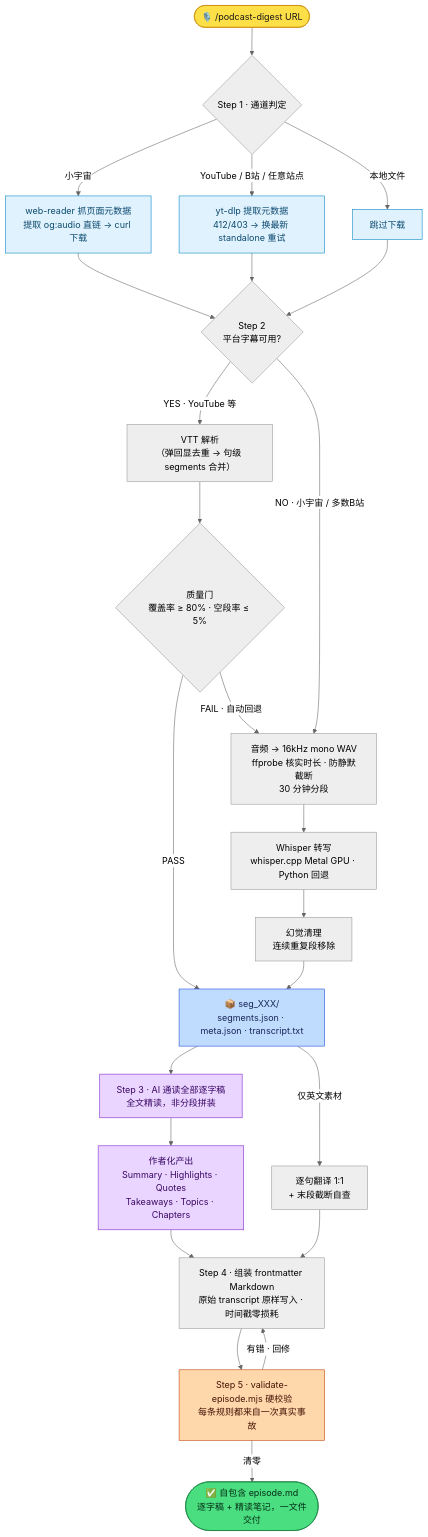
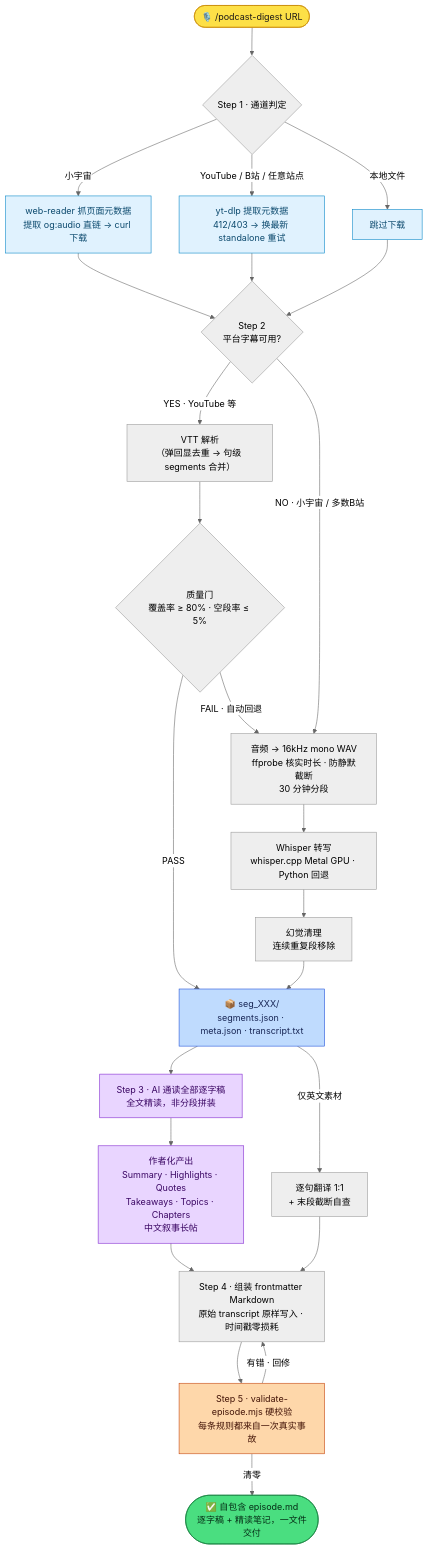
Before and after one commit to tobyatgithub/podcast-digest: the first of 2 diagrams in README.md, drawn with Mermaid (neutral theme). The commit also changed other lines of this file and 3 other files, not shown here.

````diff
--- a/README.md
+++ b/README.md
@@ -32,42 +32,42 @@
 ```mermaid
 flowchart TD
     START(["🎙️ /podcast-digest URL"]) --> ROUTE{"Step 1 · 通道判定"}
 
     ROUTE -->|"小宇宙"| A1["web-reader 抓页面元数据<br/>提取 og:audio 直链 → curl 下载"]
     ROUTE -->|"YouTube / B站 / 任意站点"| A2["yt-dlp 提取元数据<br/>412/403 → 换最新 standalone 重试"]
     ROUTE -->|"本地文件"| A3["跳过下载"]
 
     A1 --> GATE{"Step 2<br/>平台字幕可用?"}
     A2 --> GATE
     A3 --> GATE
 
     GATE -->|"YES · YouTube 等"| SUB["VTT 解析<br/>（弹回显去重 → 句级 segments 合并）"]
     SUB --> QC{"质量门<br/>覆盖率 ≥ 80% · 空段率 ≤ 5%"}
     QC -->|"PASS"| SEGS
     QC -->|"FAIL · 自动回退"| DL
 
     GATE -->|"NO · 小宇宙 / 多数B站"| DL["音频 → 16kHz mono WAV<br/>ffprobe 核实时长 · 防静默截断<br/>30 分钟分段"]
     DL --> WHISPER["Whisper 转写<br/>whisper.cpp Metal GPU · Python 回退"]
     WHISPER --> CLEAN["幻觉清理<br/>连续重复段移除"]
     CLEAN --> SEGS["📦 seg_XXX/<br/>segments.json · meta.json · transcript.txt"]
 
     SEGS --> READ["Step 3 · AI 通读全部逐字稿<br/>全文精读，非分段拼装"]
-    READ --> GEN["作者化产出<br/>Summary · Highlights · Quotes<br/>Takeaways · Topics · Chapters"]
+    READ --> GEN["作者化产出<br/>Summary · Highlights · Quotes<br/>Takeaways · Topics · Chapters<br/>中文叙事长帖"]
     SEGS -->|"仅英文素材"| TRANS["逐句翻译 1:1<br/>+ 末段截断自查"]
 
     GEN --> ASM["Step 4 · 组装 frontmatter Markdown<br/>原始 transcript 原样写入 · 时间戳零损耗"]
     TRANS --> ASM
     ASM --> VAL["Step 5 · validate-episode.mjs 硬校验<br/>每条规则都来自一次真实事故"]
     VAL -->|"有错 · 回修"| ASM
     VAL -->|"清零"| OUT(["✅ 自包含 episode.md<br/>逐字稿 + 精读笔记，一文件交付"])
 
     style START fill:#fde047,stroke:#ca8a04,color:#1c1917
     style A1 fill:#e0f2fe,stroke:#0284c7,color:#0c4a6e
     style A2 fill:#e0f2fe,stroke:#0284c7,color:#0c4a6e
     style A3 fill:#e0f2fe,stroke:#0284c7,color:#0c4a6e
     style SEGS fill:#bfdbfe,stroke:#1d4ed8,color:#172554
     style READ fill:#e9d5ff,stroke:#7e22ce,color:#3b0764
     style GEN fill:#e9d5ff,stroke:#7e22ce,color:#3b0764
     style VAL fill:#fed7aa,stroke:#c2410c,color:#431407
     style OUT fill:#4ade80,stroke:#15803d,color:#052e16
 ```
````
